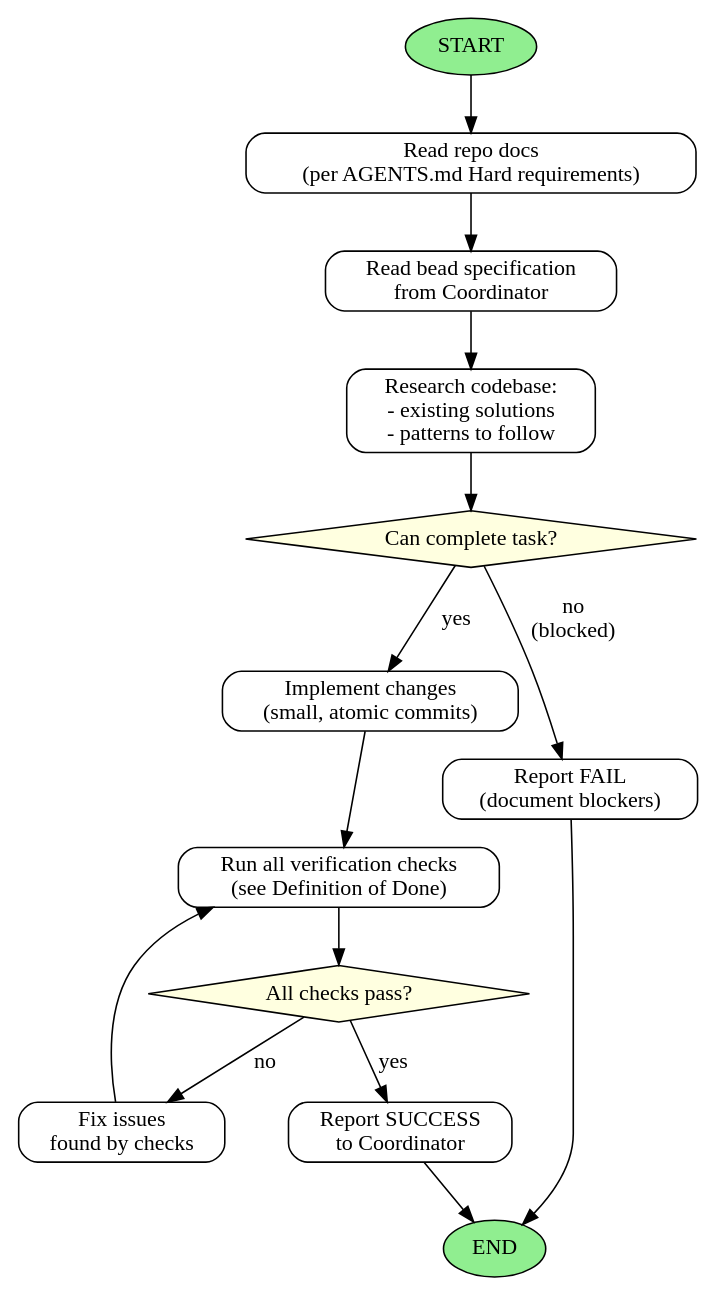
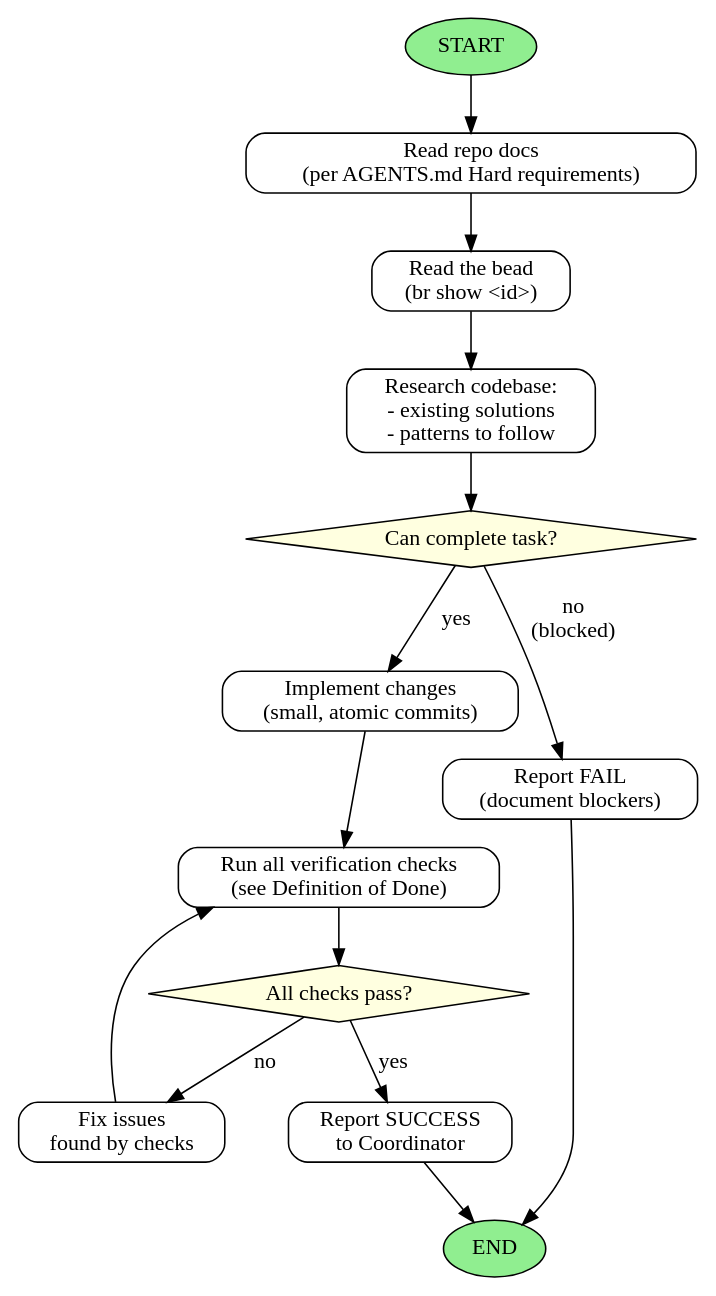
The diagram in .claude/agents/coding.md (imbue-ai/offload), drawn with Graphviz before and after one commit. The commit also changed other lines of this file and 3 other files, not shown here.

````diff
--- a/.claude/agents/coding.md
+++ b/.claude/agents/coding.md
@@ -63,29 +66,29 @@
 ```dot
 digraph CodingAgentWorkflow {
   rankdir=TB;
   node [shape=box, style=rounded];
 
   START [shape=ellipse, style=filled, fillcolor=lightgreen];
   READ_DOCS [label="Read repo docs\n(per AGENTS.md Hard requirements)"];
-  READ_BEAD [label="Read bead specification\nfrom Coordinator"];
+  READ_BEAD [label="Read the bead\n(br show <id>)"];
   RESEARCH [label="Research codebase:\n- existing solutions\n- patterns to follow"];
   CAN_COMPLETE [shape=diamond, style=filled, fillcolor=lightyellow, label="Can complete task?"];
   IMPLEMENT [label="Implement changes\n(small, atomic commits)"];
   RUN_CHECKS [label="Run all verification checks\n(see Definition of Done)"];
   CHECKS_PASS [shape=diamond, style=filled, fillcolor=lightyellow, label="All checks pass?"];
   FIX_ISSUES [label="Fix issues\nfound by checks"];
   REPORT_SUCCESS [label="Report SUCCESS\nto Coordinator"];
   REPORT_FAIL [label="Report FAIL\n(document blockers)"];
   END [shape=ellipse, style=filled, fillcolor=lightgreen];
 
   START -> READ_DOCS -> READ_BEAD -> RESEARCH -> CAN_COMPLETE;
   CAN_COMPLETE -> IMPLEMENT [label="yes"];
   CAN_COMPLETE -> REPORT_FAIL [label="no\n(blocked)"];
   IMPLEMENT -> RUN_CHECKS -> CHECKS_PASS;
   CHECKS_PASS -> REPORT_SUCCESS [label="yes"];
   CHECKS_PASS -> FIX_ISSUES [label="no"];
   FIX_ISSUES -> RUN_CHECKS;
   REPORT_SUCCESS -> END;
   REPORT_FAIL -> END;
 }
 ```
````
